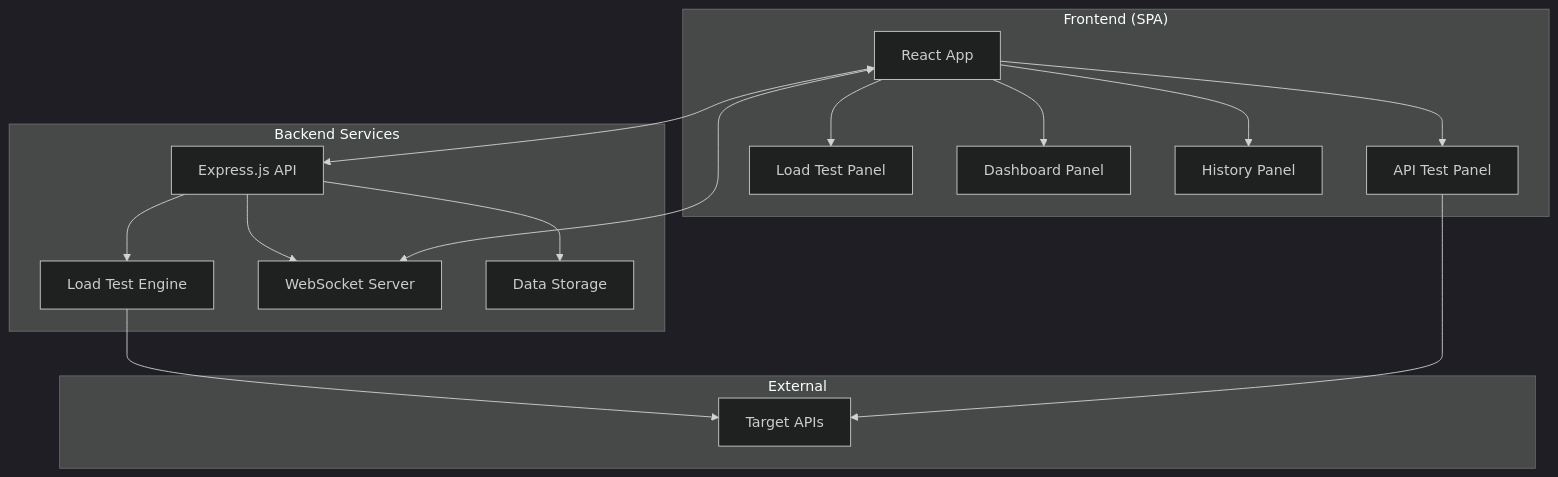
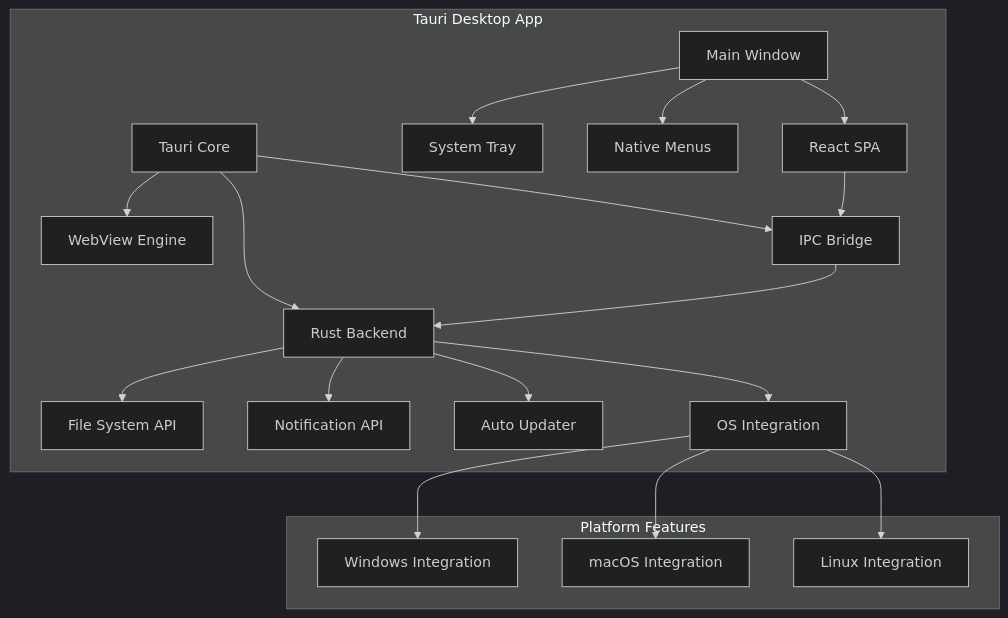
Before and after one commit to MamunHoque/TestStorm: the third of 3 diagrams in .kiro/specs/api-load-testing-spa/design.md, drawn with Mermaid (dark theme). The commit also changed other lines of this file and 69 other files, not shown here.

````diff
--- a/.kiro/specs/api-load-testing-spa/design.md
+++ b/.kiro/specs/api-load-testing-spa/design.md
@@ -11,24 +656,30 @@
 ```mermaid
-graph TB
-    subgraph "Frontend (SPA)"
-        A[React App] --> B[API Test Panel]
-        A --> C[Load Test Panel]
-        A --> D[Dashboard Panel]
-        A --> E[History Panel]
+graph TD
+    subgraph "Tauri Desktop App"
+        A[Main Window] --> B[React SPA]
+        A --> C[System Tray]
+        A --> D[Native Menus]
+        
+        E[Tauri Core] --> F[Rust Backend]
+        E --> G[WebView Engine]
+        E --> H[IPC Bridge]
+        
+        F --> I[File System API]
+        F --> J[Notification API]
+        F --> K[Auto Updater]
+        F --> L[OS Integration]
+        
+        B --> H
+        H --> F
     end
     
-    subgraph "Backend Services"
-        F[Express.js API] --> G[Load Test Engine]
-        F --> H[WebSocket Server]
-        F --> I[Data Storage]
+    subgraph "Platform Features"
+        M[Windows Integration]
+        N[macOS Integration]
+        O[Linux Integration]
     end
     
-    subgraph "External"
-        J[Target APIs]
-    end
-    
-    A <--> F
-    A <--> H
-    G --> J
-    B --> J
+    L --> M
+    L --> N
+    L --> O
 ```
````
